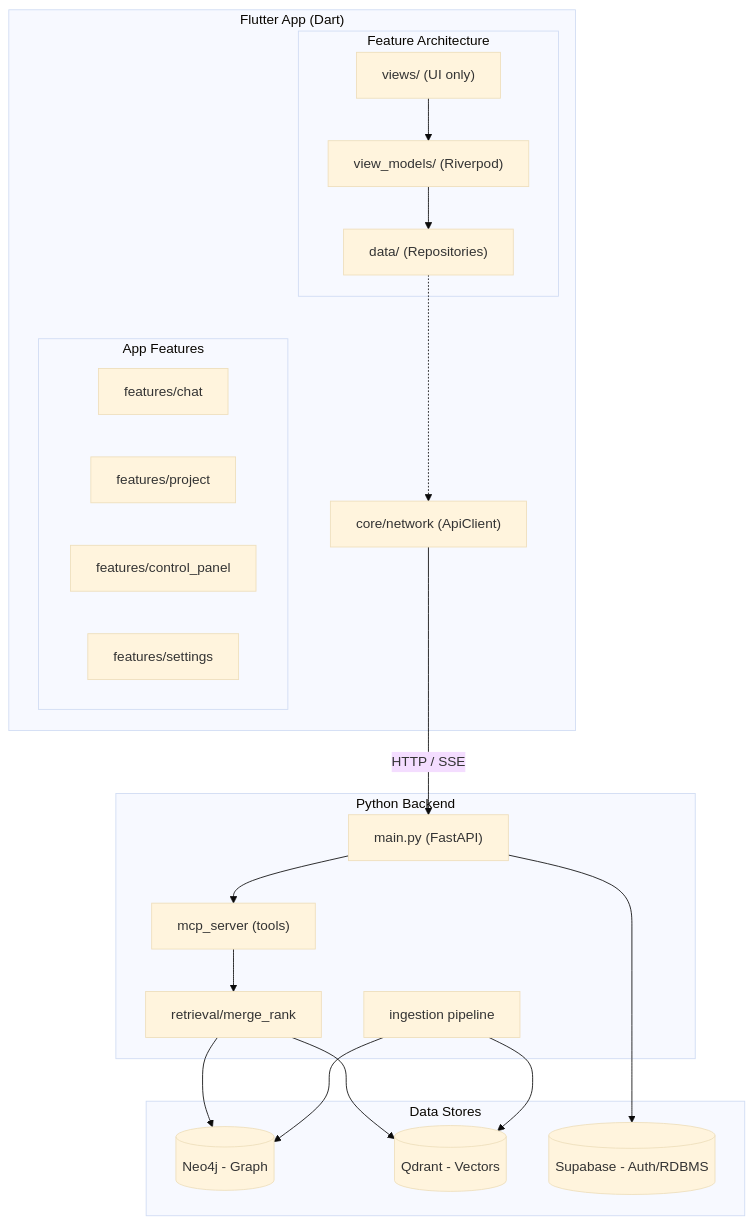
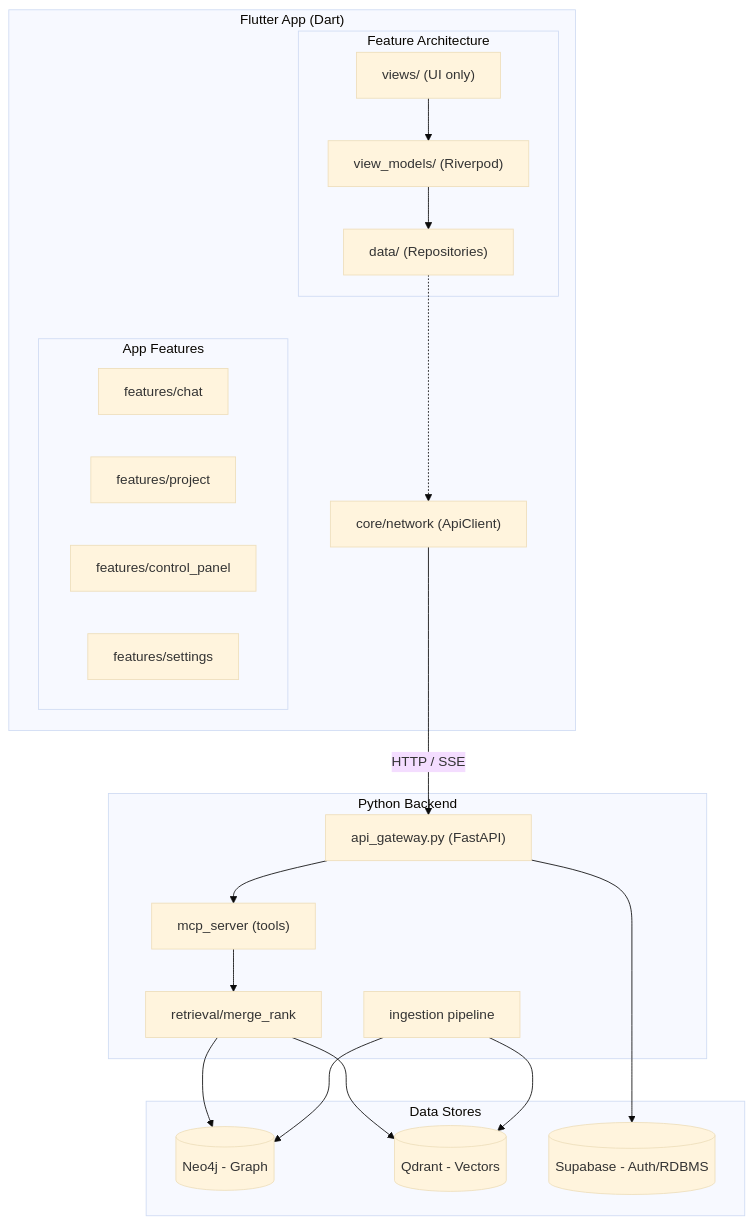
Before and after one commit to kcoaguila-dev/veraxi: the diagram in docs/architecture.md, drawn with Mermaid (base theme). The commit also changed 17 other files, not shown here.

````diff
--- a/docs/architecture.md
+++ b/docs/architecture.md
@@ -1,45 +1,45 @@
 ```mermaid
 graph TD
     subgraph Flutter["Flutter App (Dart)"]
         subgraph CleanArch["Feature Architecture"]
             Views["views/ (UI only)"]
             ViewModels["view_models/ (Riverpod)"]
             Data["data/ (Repositories)"]
             
             Views --> ViewModels
             ViewModels --> Data
         end
         
         subgraph Features["App Features"]
             Chat["features/chat"]
             Project["features/project"]
             Control["features/control_panel"]
             Settings["features/settings"]
         end
         
         Core["core/network (ApiClient)"]
         Data -.-> Core
     end
     
     subgraph Backend["Python Backend"]
-        Api["main.py (FastAPI)"]
+        Api["api_gateway.py (FastAPI)"]
         MCP["mcp_server (tools)"]
         Retrieval["retrieval/merge_rank"]
         Ingestion["ingestion pipeline"]
     end
     
     subgraph Storage["Data Stores"]
         Neo4j[("Neo4j - Graph")]
         Qdrant[("Qdrant - Vectors")]
         Postgres[("Supabase - Auth/RDBMS")]
     end
     
     Core -- "HTTP / SSE" --> Api
     Api --> MCP
     MCP --> Retrieval
     Retrieval --> Neo4j
     Retrieval --> Qdrant
     Ingestion --> Neo4j
     Ingestion --> Qdrant
     Api --> Postgres
 ```
````
